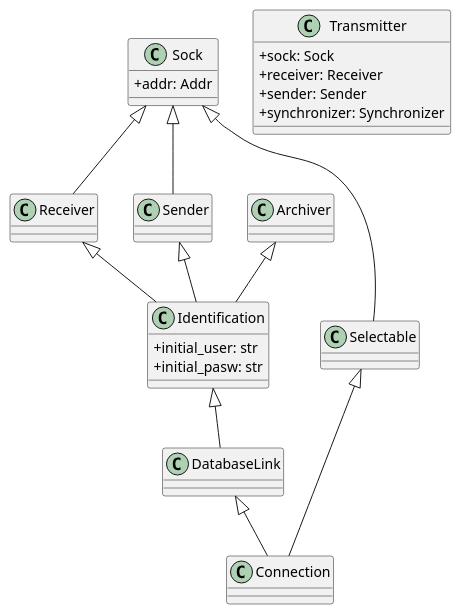
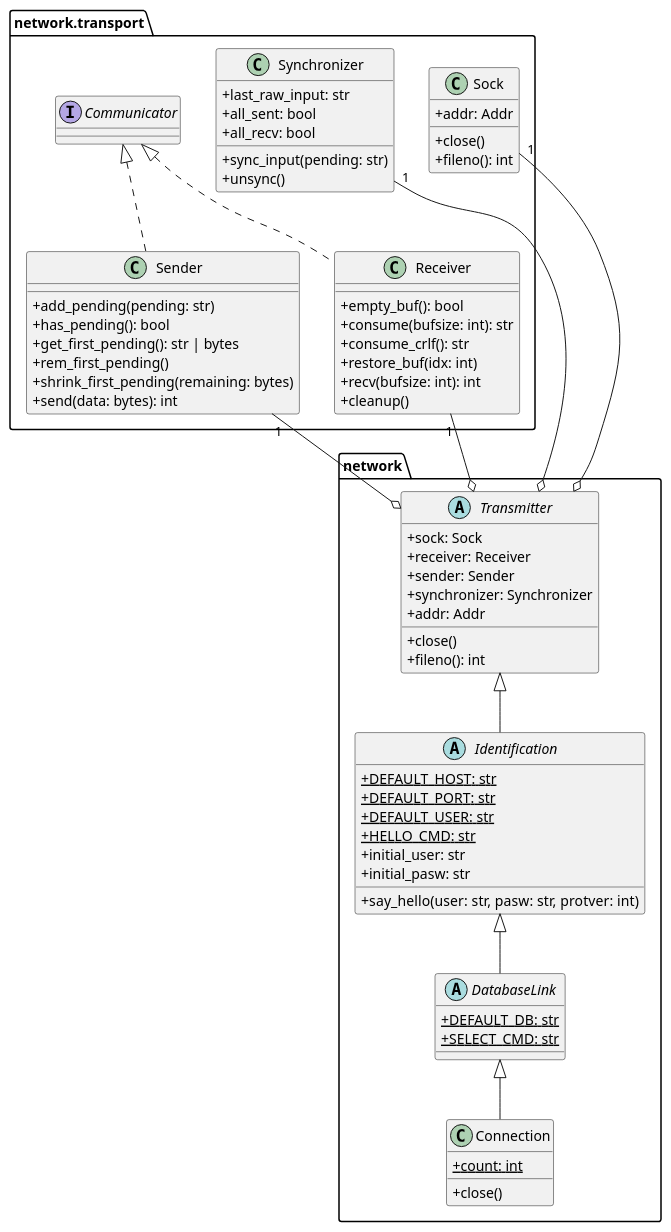
The diagram in doc/network/RC-application.network.puml (petru-braha/RC-application), drawn with PlantUML before and after one commit. The commit also changed 1 other file, not shown here.

Commit message:
doc-network (#65)
* doc: class diagram for the network package

* feat: improvement class annotations with keywords as abstract, 1-1 relationship

* fix: minor bug

* fix: removed None annotations

```diff
--- a/doc/network/RC-application.network.puml
+++ b/doc/network/RC-application.network.puml
@@ -1,51 +1,91 @@
 @startuml
 skinparam classAttributeIconSize 0
 set namespaceSeparator none
 
-class Sock {
-  +addr: Addr
-  
+package "network.transport" {
+    
+    class Sock {
+        + addr: Addr
+        + close()
+        + fileno(): int
+    }
+    
+    class Synchronizer {
+        + last_raw_input: str
+        + all_sent: bool
+        + all_recv: bool
+        + sync_input(pending: str)
+        + unsync()
+    }
+
+    interface Communicator {
+    }
+
+    class Receiver {
+        + empty_buf(): bool
+        + consume(bufsize: int): str
+        + consume_crlf(): str
+        + restore_buf(idx: int)
+        + recv(bufsize: int): int
+        + cleanup()
+    }
+
+    class Sender {
+        + add_pending(pending: str)
+        + has_pending(): bool
+        + get_first_pending(): str | bytes
+        + rem_first_pending()
+        + shrink_first_pending(remaining: bytes)
+        + send(data: bytes): int
+    }
 }
 
+package "network" {
+    abstract class Transmitter {
+        + sock: Sock
+        + receiver: Receiver
+        + sender: Sender
+        + synchronizer: Synchronizer
+        + addr: Addr
+        + close()
+        + fileno(): int
+    }
 
-class Receiver {
-  
-}
+    abstract class Identification {
+        + {static} DEFAULT_HOST: str
+        + {static} DEFAULT_PORT: str
+        + {static} DEFAULT_USER: str
+        + {static} HELLO_CMD: str
+        + initial_user: str
+        + initial_pasw: str
+        + say_hello(user: str, pasw: str, protver: int)
+    }
 
-class Sender {
-}
+    abstract class DatabaseLink {
+        + {static} DEFAULT_DB: str
+        + {static} SELECT_CMD: str
+    }
 
-class Transmitter {
-  +sock: Sock
-  +receiver: Receiver
-  +sender: Sender
-  +synchronizer: Synchronizer
-}
-
-class Identification {
-  +initial_user: str
-  +initial_pasw: str
-}
-
-class DatabaseLink {
-}
-
-class Connection {
+    class Connection {
+        + {static} count: int
+        + close()
+    }
 }
 
 ' --- Inheritance Relationships ---
 
-Sock <|-- Receiver
-Sock <|-- Sender
-Sock <|-- Selectable
+Communicator <|.. Receiver
+Communicator <|.. Sender
 
-Archiver <|-- Identification
-Receiver <|-- Identification
-Sender <|-- Identification
+Transmitter <|-- Identification
+Identification <|-- DatabaseLink
+DatabaseLink <|-- Connection
 
-Identification <|-- DatabaseLink
+' --- Aggregation Relationships ---
 
-DatabaseLink <|-- Connection
-Selectable <|-- Connection
+Transmitter o-up- "1" Sock
+Transmitter o-up- "1" Receiver
+Transmitter o-up- "1" Sender
+Transmitter o-up- "1" Synchronizer
 
 @enduml
```
